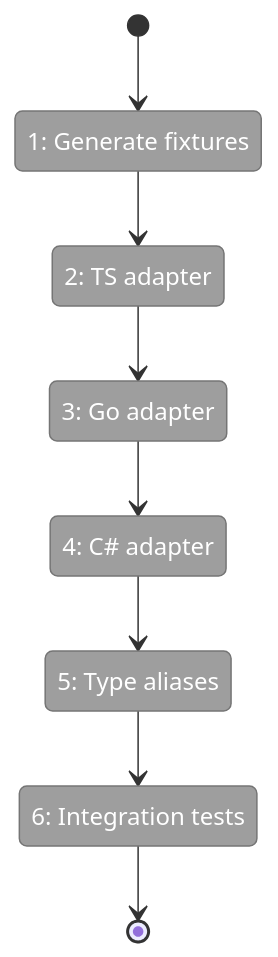
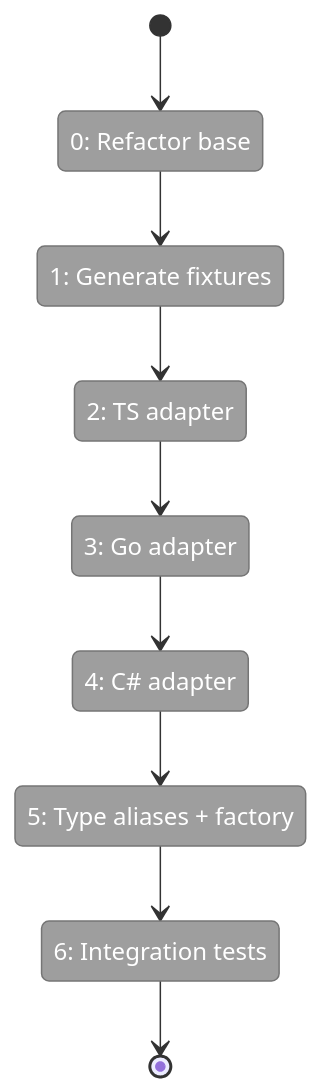
One commit to AI-Substrate/flow_squared changed the first of 2 diagrams in docs/plans/038-scip-cross-file-rels/tasks/phase-2-multi-language-adapters/tasks.fltplan.md. Above: the diagram before and after it, drawn with Mermaid. The commit also changed other lines of this file and 5 other files, not shown here.

````diff
--- a/docs/plans/038-scip-cross-file-rels/tasks/phase-2-multi-language-adapters/tasks.fltplan.md
+++ b/docs/plans/038-scip-cross-file-rels/tasks/phase-2-multi-language-adapters/tasks.fltplan.md
@@ -42,24 +42,26 @@
 ```mermaid
 stateDiagram-v2
     classDef pending fill:#9E9E9E,stroke:#757575,color:#fff
     classDef active fill:#FFC107,stroke:#FFA000,color:#000
     classDef done fill:#4CAF50,stroke:#388E3C,color:#fff
     classDef blocked fill:#F44336,stroke:#D32F2F,color:#fff
 
+    state "0: Refactor base" as S0
     state "1: Generate fixtures" as S1
     state "2: TS adapter" as S2
     state "3: Go adapter" as S3
     state "4: C# adapter" as S4
-    state "5: Type aliases" as S5
+    state "5: Type aliases + factory" as S5
     state "6: Integration tests" as S6
 
-    [*] --> S1
+    [*] --> S0
+    S0 --> S1
     S1 --> S2
     S2 --> S3
     S3 --> S4
     S4 --> S5
     S5 --> S6
     S6 --> [*]
 
-    class S1,S2,S3,S4,S5,S6 pending
+    class S0,S1,S2,S3,S4,S5,S6 pending
 ```
````
